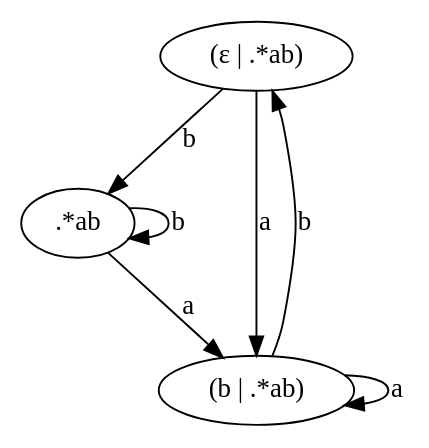
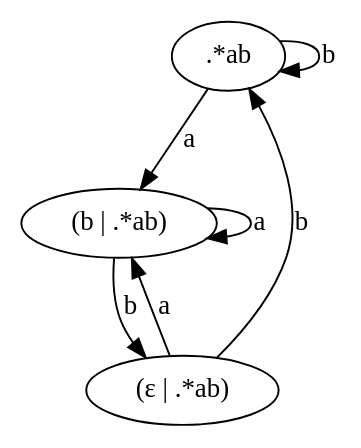
The diagram in graphs/dfa.dot (eniac/Reef), drawn with Graphviz before and after one commit. The commit also changed other lines of this file and 2 other files, not shown here.

```diff
--- a/graphs/dfa.dot
+++ b/graphs/dfa.dot
@@ -1,11 +1,11 @@
 digraph example {
+    N0[label=".*ab"];
     N2[label="(ε | .*ab)"];
-    N0[label=".*ab"];
     N1[label="(b | .*ab)"];
-    N1 -> N2[label="b"];
-    N2 -> N1[label="a"];
-    N0 -> N1[label="a"];
-    N2 -> N0[label="b"];
     N0 -> N0[label="b"];
     N1 -> N1[label="a"];
+    N2 -> N0[label="b"];
+    N1 -> N2[label="b"];
+    N0 -> N1[label="a"];
+    N2 -> N1[label="a"];
 }
```
